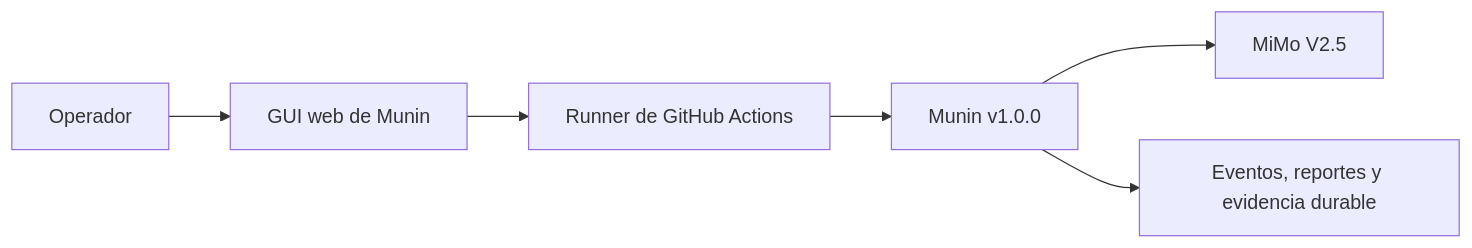
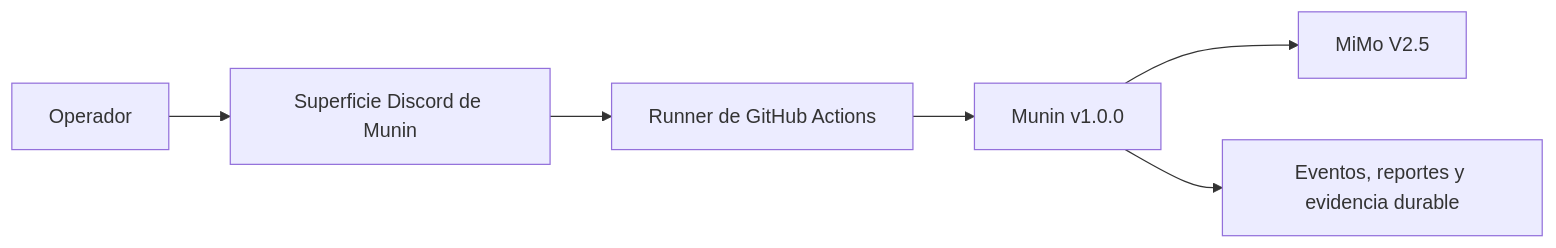
One commit to PrinceOfPwn/Munin changed the first of 5 diagrams in README.es.md. Above: the diagram before and after it, drawn with Mermaid. The commit also changed other lines of this file and 13 other files, not shown here.

Commit message:
docs: Discord is the stable v1.0.0 operator surface while Web GUI is under repair

````diff
--- a/README.es.md
+++ b/README.es.md
@@ -45,8 +50,8 @@
 ```mermaid
 flowchart LR
-    Operador --> GUI[GUI web de Munin]
-    GUI --> Actions[Runner de GitHub Actions]
+    Operador --> Discord[Superficie Discord de Munin]
+    Discord --> Actions[Runner de GitHub Actions]
     Actions --> Runtime[Munin v1.0.0]
     Runtime --> Modelo[MiMo V2.5]
     Runtime --> Evidencia[Eventos, reportes y evidencia durable]
 ```
````
